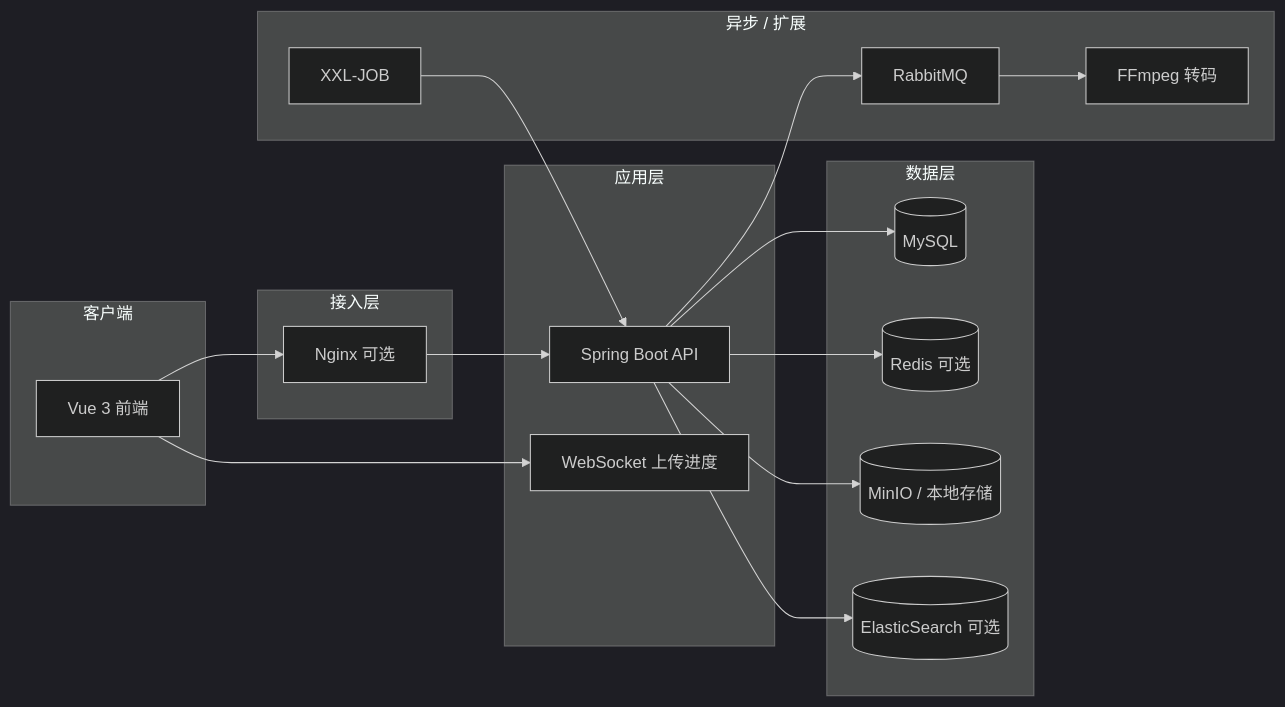
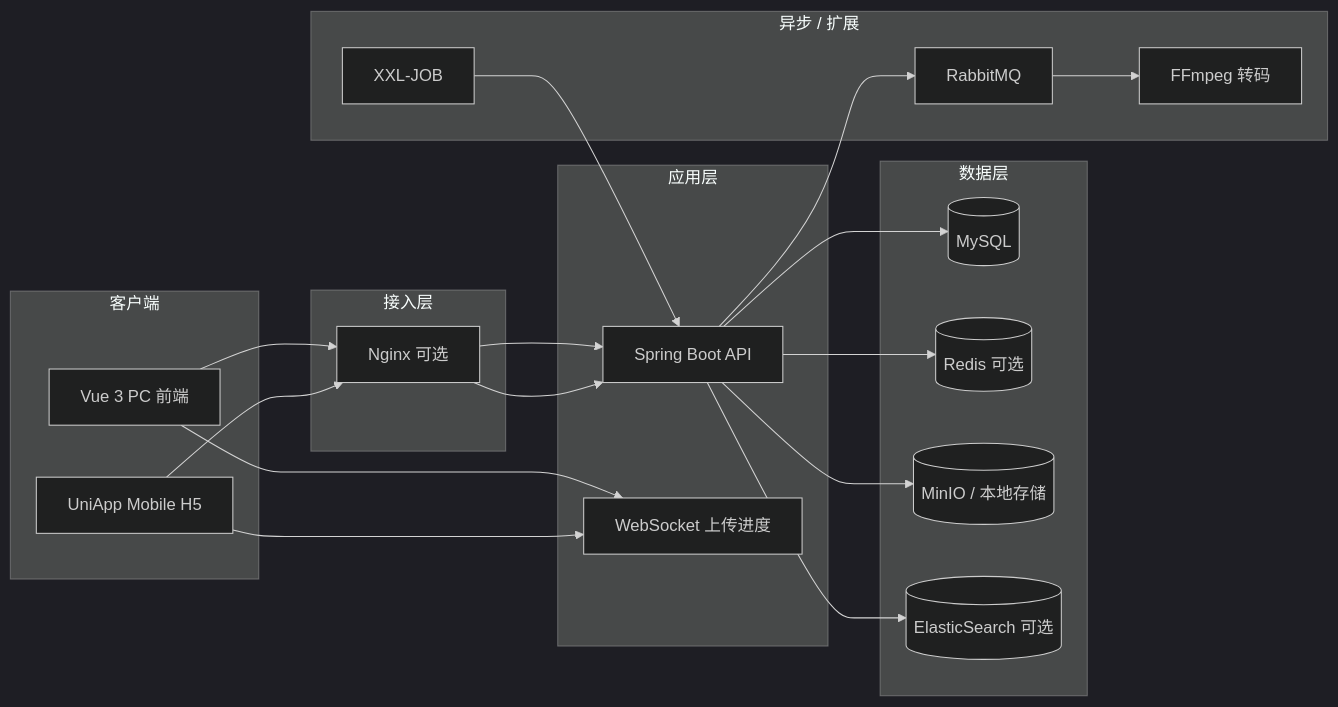
The diagram in README.md (wushij/cloud-disk), drawn with Mermaid (dark theme) before and after one commit. The commit also changed other lines of this file and 78 other files, not shown here.

````diff
--- a/README.md
+++ b/README.md
@@ -72,32 +73,35 @@
 ```mermaid
 flowchart LR
   subgraph client [客户端]
-    Web[Vue 3 前端]
+    Web[Vue 3 PC 前端]
+    Mobile[UniApp Mobile H5]
   end
   subgraph gateway [接入层]
     Nginx[Nginx 可选]
   end
   subgraph app [应用层]
     API[Spring Boot API]
     WS[WebSocket 上传进度]
   end
   subgraph data [数据层]
     MySQL[(MySQL)]
     Redis[(Redis 可选)]
     MinIO[(MinIO / 本地存储)]
     ES[(ElasticSearch 可选)]
   end
   subgraph async [异步 / 扩展]
     MQ[RabbitMQ]
     Job[XXL-JOB]
     FFmpeg[FFmpeg 转码]
   end
   Web --> Nginx --> API
+  Mobile --> Nginx --> API
   Web --> WS
+  Mobile --> WS
   API --> MySQL
   API --> Redis
   API --> MinIO
   API --> ES
   API --> MQ --> FFmpeg
   Job --> API
 ```
````
